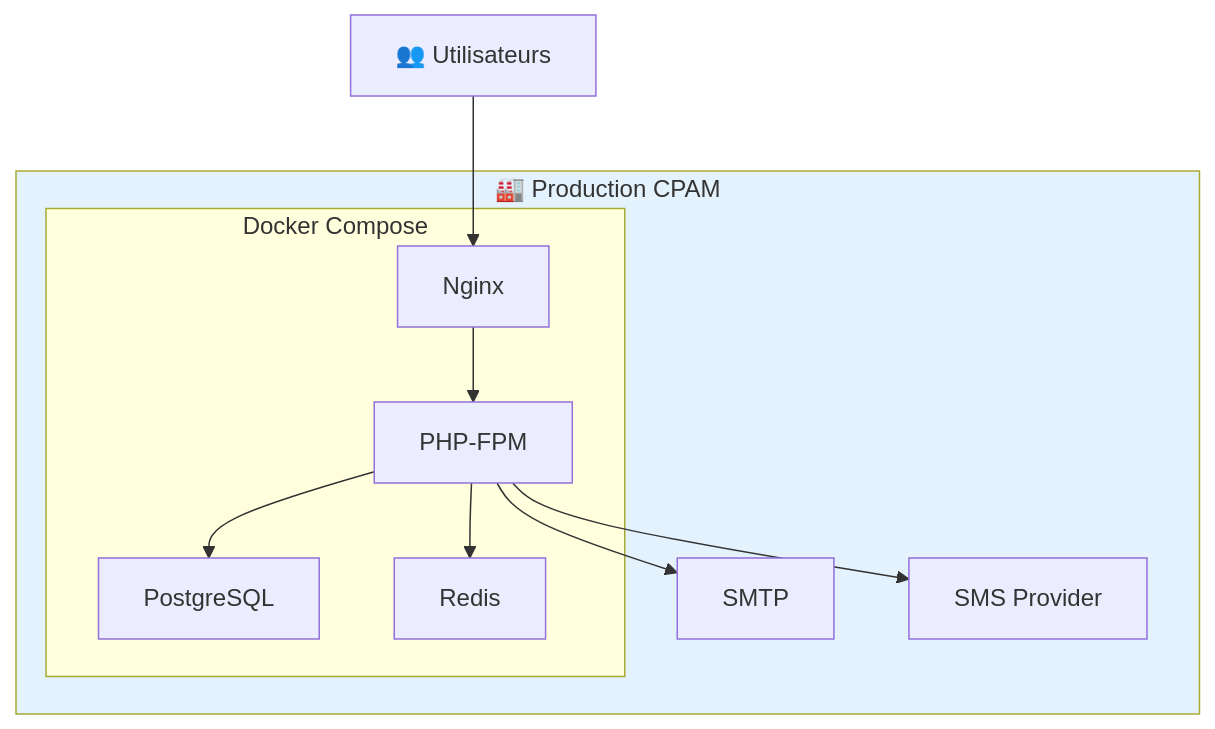
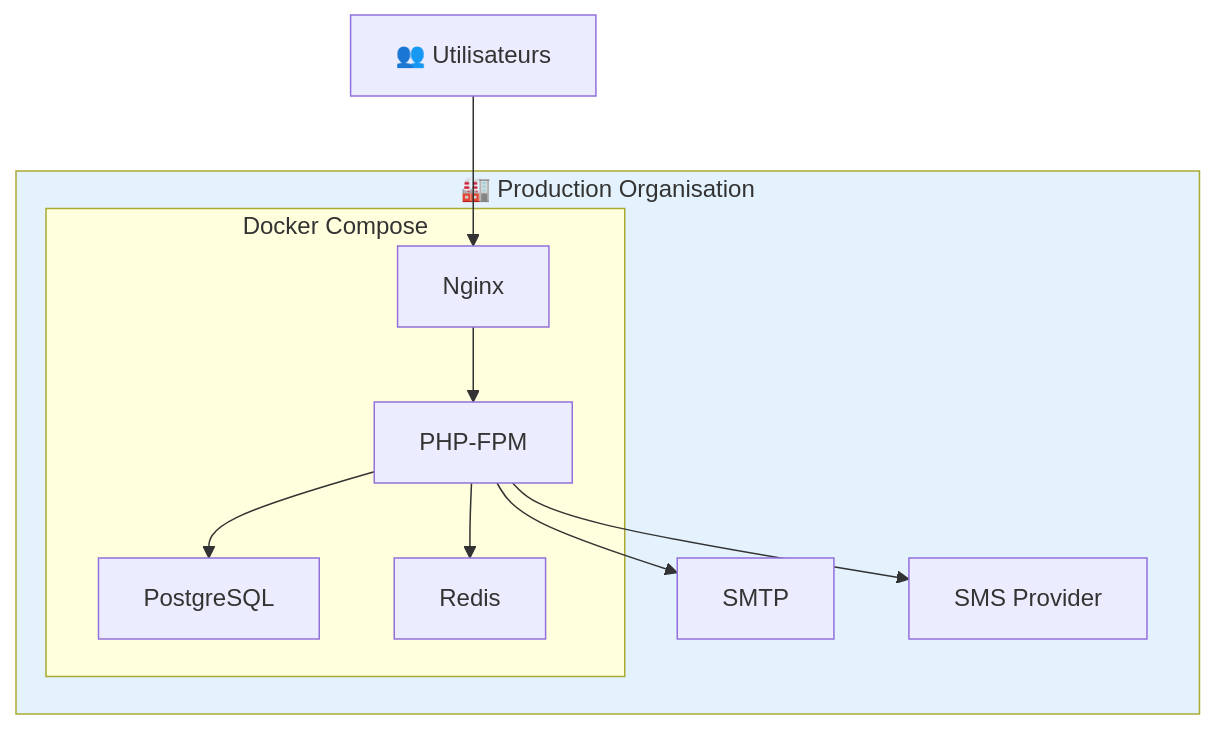
Before and after one commit to ElegAlex/OPSTRACKER: diagram 34 of 36 in COMITOLOGIE/Présentation.md, drawn with Mermaid. The commit also changed other lines of this file and 47 other files, not shown here.

````diff
--- a/COMITOLOGIE/Présentation.md
+++ b/COMITOLOGIE/Présentation.md
@@ -994,20 +994,20 @@
 ```mermaid
 flowchart TB
-    subgraph Prod["🏭 Production CPAM"]
+    subgraph Prod["🏭 Production Organisation"]
         subgraph Docker["Docker Compose"]
             NG["Nginx"]
             APP["PHP-FPM"]
             PG["PostgreSQL"]
             RD["Redis"]
         end
         SMTP["SMTP"]
         SMS["SMS Provider"]
     end
     
     Users["👥 Utilisateurs"] --> NG
     NG --> APP
     APP --> PG & RD
     APP --> SMTP & SMS
     
     style Prod fill:#e3f2fd
 ```
````
